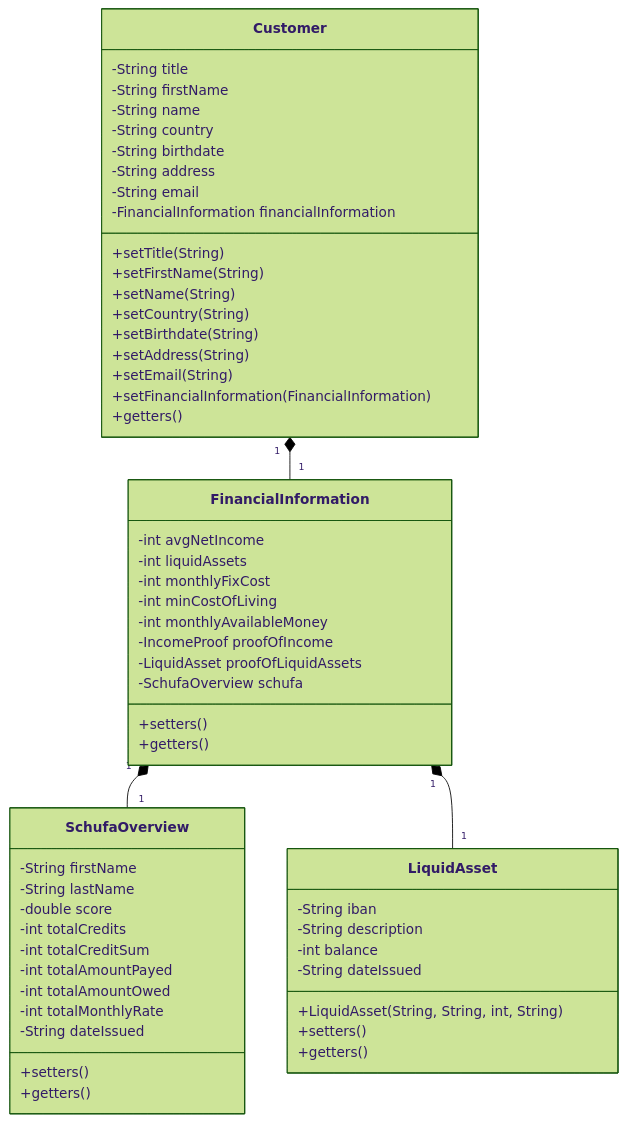
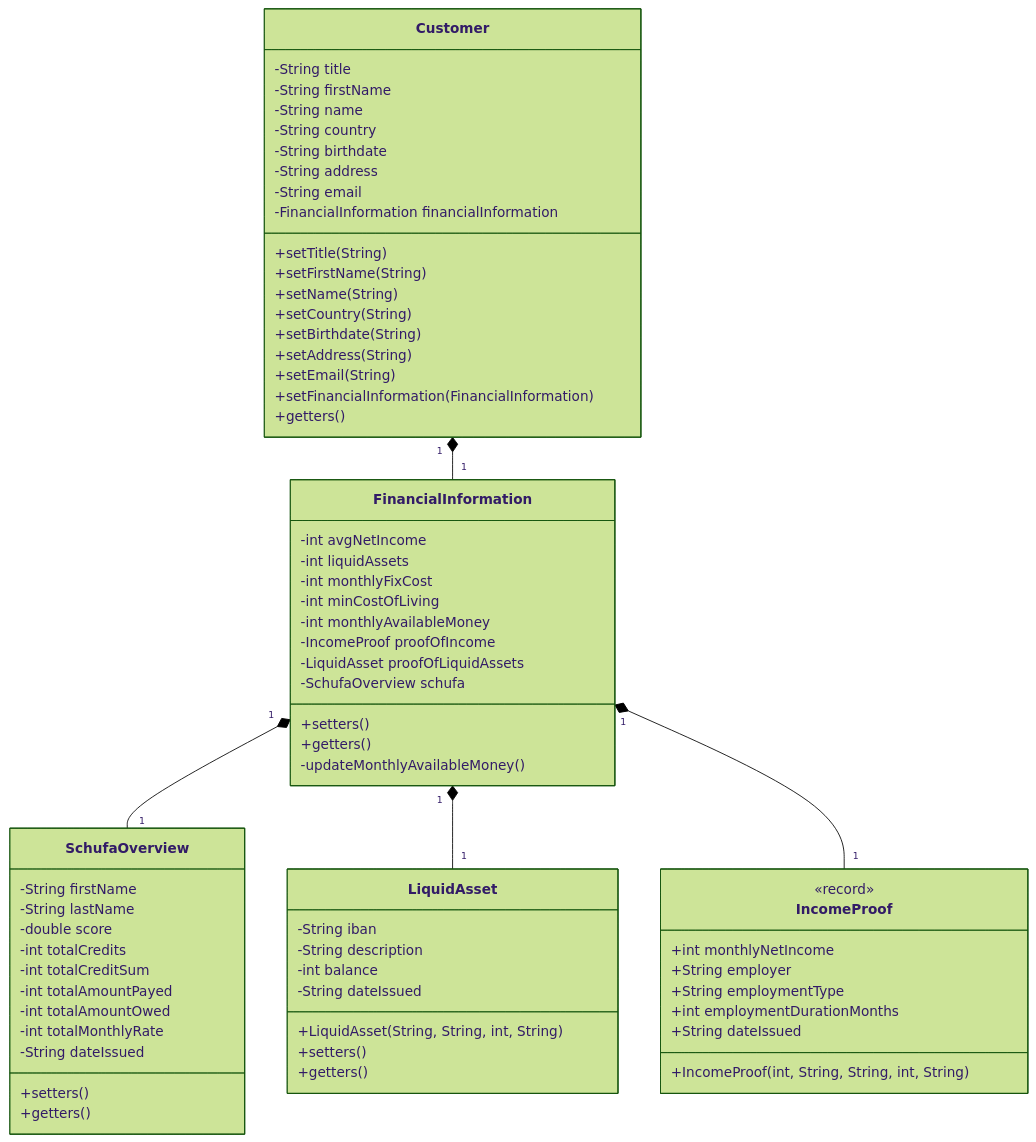
Before and after one commit to Foxi2024/ATdIT_ProjectGroup1: the second of 7 diagrams in DEVELOPER.md, drawn with Mermaid (forest theme). The commit also changed other lines of this file, not shown here.

Commit message:
update dev doc

````diff
--- a/DEVELOPER.md
+++ b/DEVELOPER.md
@@ -87,63 +87,75 @@
 ```mermaid
 classDiagram
     class Customer {
         -String title
         -String firstName
         -String name
         -String country
         -String birthdate
         -String address
         -String email
         -FinancialInformation financialInformation
         +setTitle(String)
         +setFirstName(String)
         +setName(String)
         +setCountry(String)
         +setBirthdate(String)
         +setAddress(String)
         +setEmail(String)
         +setFinancialInformation(FinancialInformation)
         +getters()
     }
 
     class FinancialInformation {
         -int avgNetIncome
         -int liquidAssets
         -int monthlyFixCost
         -int minCostOfLiving
         -int monthlyAvailableMoney
         -IncomeProof proofOfIncome
         -LiquidAsset proofOfLiquidAssets
         -SchufaOverview schufa
         +setters()
         +getters()
+        -updateMonthlyAvailableMoney()
+    }
+
+    class IncomeProof {
+        <<record>>
+        +int monthlyNetIncome
+        +String employer
+        +String employmentType
+        +int employmentDurationMonths
+        +String dateIssued
+        +IncomeProof(int, String, String, int, String)
     }
 
     class SchufaOverview {
         -String firstName
         -String lastName
         -double score
         -int totalCredits
         -int totalCreditSum
         -int totalAmountPayed
         -int totalAmountOwed
         -int totalMonthlyRate
         -String dateIssued
         +setters()
         +getters()
     }
 
     class LiquidAsset {
         -String iban
         -String description
         -int balance
         -String dateIssued
         +LiquidAsset(String, String, int, String)
         +setters()
         +getters()
     }
 
     Customer "1" *-- "1" FinancialInformation
     FinancialInformation "1" *-- "1" SchufaOverview
     FinancialInformation "1" *-- "1" LiquidAsset
+    FinancialInformation "1" *-- "1" IncomeProof
 ```
````
